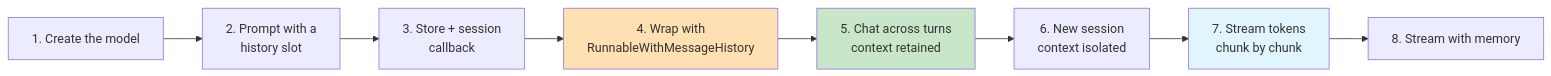
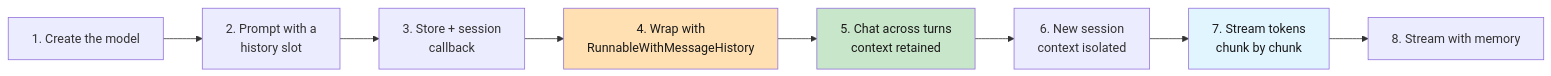
One commit to CogKnowEdge-Solutions/Orchestration changed the first of 2 diagrams in Langchain-Labs/Lab4(Intermediate)/lab-memory-streaming.md. Above: the diagram before and after it, drawn with Mermaid. The commit also changed 8 other files, not shown here.

Commit message:
Labs: make mermaid text visible and mix diagram orientations

````diff
--- a/Langchain-Labs/Lab4(Intermediate)/lab-memory-streaming.md
+++ b/Langchain-Labs/Lab4(Intermediate)/lab-memory-streaming.md
@@ -48,15 +48,15 @@
 ```mermaid
 graph LR
     M["1. Create the model"]
     P["2. Prompt with a<br/>history slot"]
     S["3. Store + session<br/>callback"]
     W["4. Wrap with<br/>RunnableWithMessageHistory"]
     C["5. Chat across turns<br/>context retained"]
     I["6. New session<br/>context isolated"]
     T["7. Stream tokens<br/>chunk by chunk"]
     TM["8. Stream with memory"]
     M --> P --> S --> W --> C --> I --> T --> TM
-    style W fill:#ffe0b2
-    style C fill:#c8e6c9
-    style T fill:#e1f5ff
+    style W fill:#ffe0b2,color:#1a1a1a
+    style C fill:#c8e6c9,color:#1a1a1a
+    style T fill:#e1f5ff,color:#1a1a1a
 ```
````
